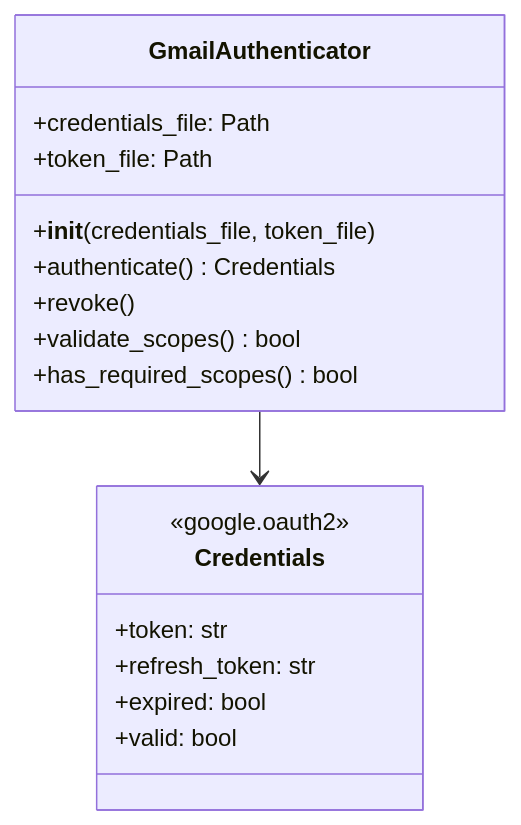
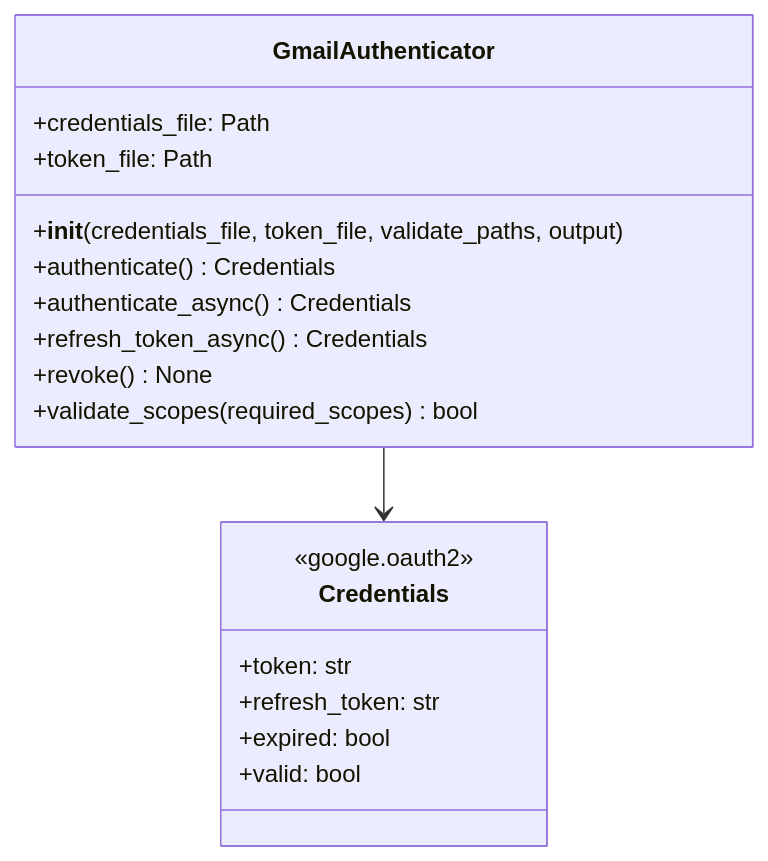
The first of 9 diagrams in src/gmailarchiver/connectors/ARCHITECTURE.md (tumma72/GMailArchiver), drawn with Mermaid before and after one commit. The commit also changed other lines of this file and 7 other files, not shown here.

````diff
--- a/src/gmailarchiver/connectors/ARCHITECTURE.md
+++ b/src/gmailarchiver/connectors/ARCHITECTURE.md
@@ -27,20 +27,21 @@
 ```mermaid
 classDiagram
     class GmailAuthenticator {
         +credentials_file: Path
         +token_file: Path
-        +__init__(credentials_file, token_file)
+        +__init__(credentials_file, token_file, validate_paths, output)
         +authenticate() Credentials
-        +revoke()
-        +validate_scopes() bool
-        +has_required_scopes() bool
+        +authenticate_async() Credentials
+        +refresh_token_async() Credentials
+        +revoke() None
+        +validate_scopes(required_scopes) bool
     }
     class Credentials {
         <<google.oauth2>>
         +token: str
         +refresh_token: str
         +expired: bool
         +valid: bool
     }
     GmailAuthenticator --> Credentials
 ```
````
